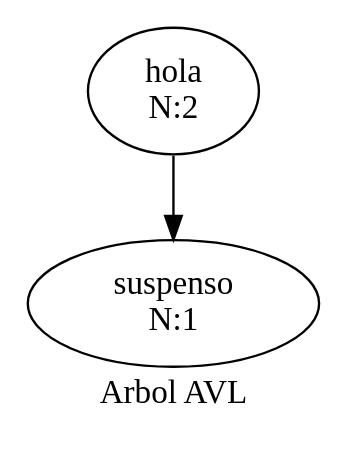
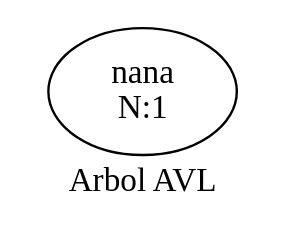
One commit to hr9457/EDD_1S2020_PY2_201314296 changed the diagram in EDD_Proyecto2/ArchivosDot/ArbolAVL.dot. Above: the diagram before and after it, drawn with Graphviz. The commit also changed 19 other files, not shown here.

```diff
--- a/EDD_Proyecto2/ArchivosDot/ArbolAVL.dot
+++ b/EDD_Proyecto2/ArchivosDot/ArbolAVL.dot
@@ -1,10 +1,7 @@
 digraph arbolAVL{
 rankdir=TB;
-nodohola[ label = " hola
-N:2" ];
-nodohola->nodosuspenso;
-nodosuspenso[ label = " suspenso
+nodonana[ label = " nana
 N:1" ];
 
 label = " Arbol AVL "; 
 }
```
